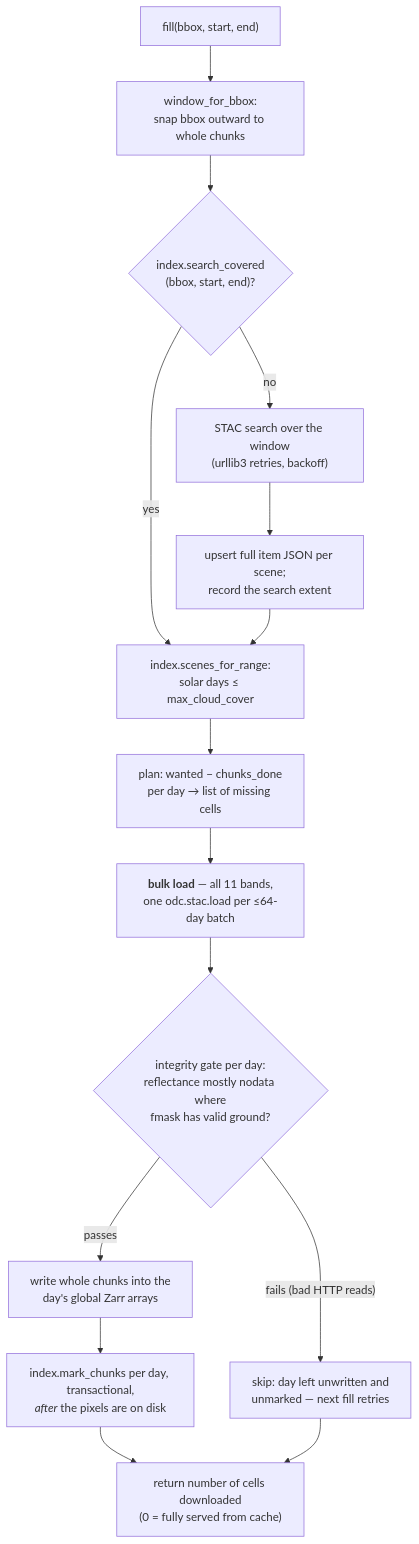
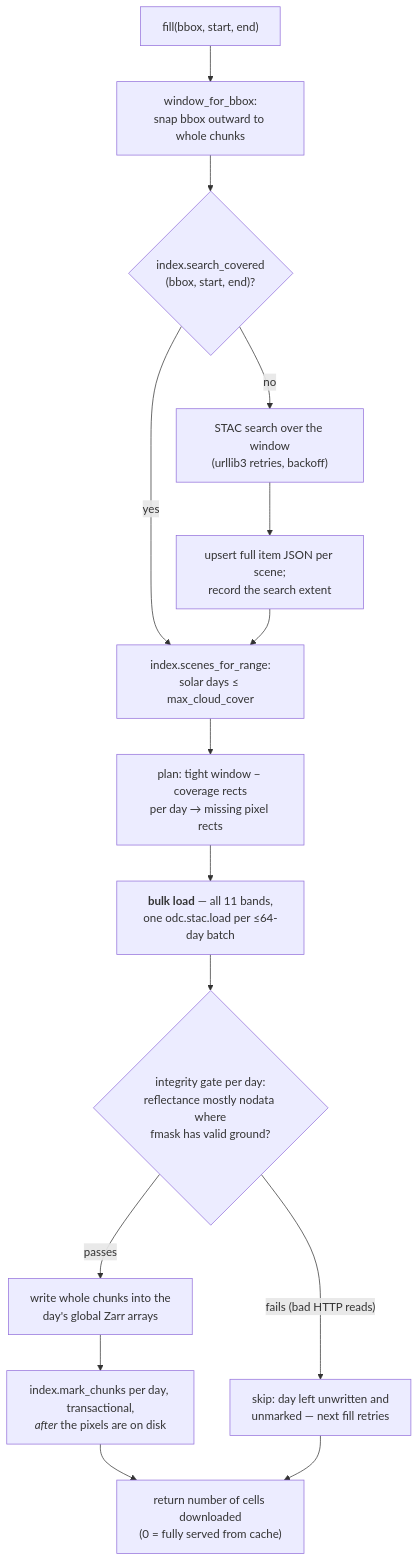
Before and after one commit to thestochasticman/pysentinel2: the second of 2 diagrams in docs/architecture.md, drawn with Mermaid. The commit also changed other lines of this file and 6 other files, not shown here.

````diff
--- a/docs/architecture.md
+++ b/docs/architecture.md
@@ -61,17 +61,17 @@
 ```mermaid
 flowchart TD
     A["fill(bbox, start, end)"] --> B["window_for_bbox:<br/>snap bbox outward to whole chunks"]
     B --> C{"index.search_covered<br/>(bbox, start, end)?"}
     C -- "no" --> D["STAC search over the window<br/>(urllib3 retries, backoff)"]
     D --> E["upsert full item JSON per scene;<br/>record the search extent"]
     C -- "yes" --> F["index.scenes_for_range:<br/>solar days ≤ max_cloud_cover"]
     E --> F
-    F --> G["plan: wanted − chunks_done<br/>per day → list of missing cells"]
+    F --> G["plan: tight window − coverage rects<br/>per day → missing pixel rects"]
     G --> H["<b>bulk load</b> — all 11 bands,<br/>one odc.stac.load per ≤64-day batch"]
     H --> I{"integrity gate per day:<br/>reflectance mostly nodata where<br/>fmask has valid ground?"}
     I -- "fails (bad HTTP reads)" --> J["skip: day left unwritten and<br/>unmarked — next fill retries"]
     I -- "passes" --> K["write whole chunks into the<br/>day's global Zarr arrays"]
     K --> L["index.mark_chunks per day, transactional,<br/><i>after</i> the pixels are on disk"]
     L --> M["return number of cells downloaded<br/>(0 = fully served from cache)"]
     J --> M
 ```
````
